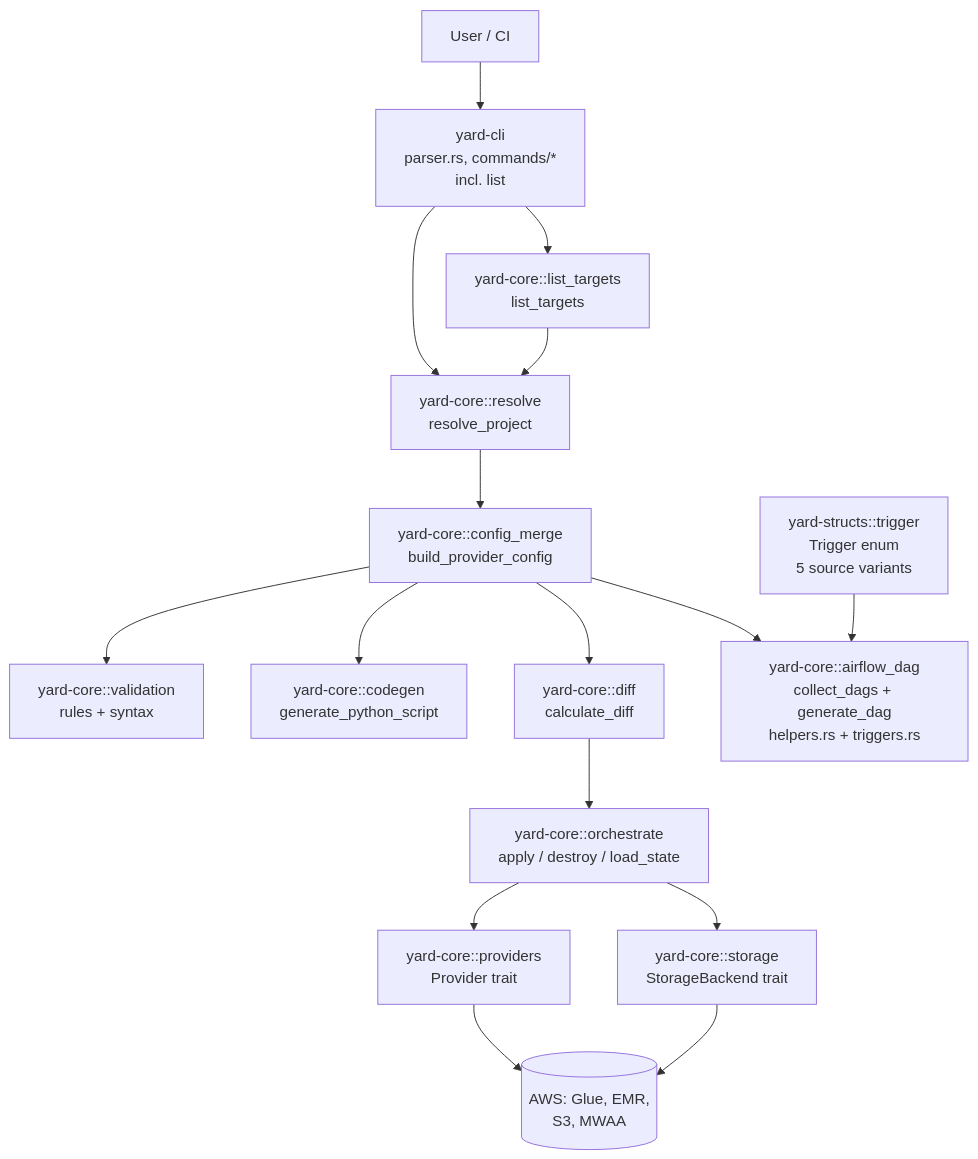
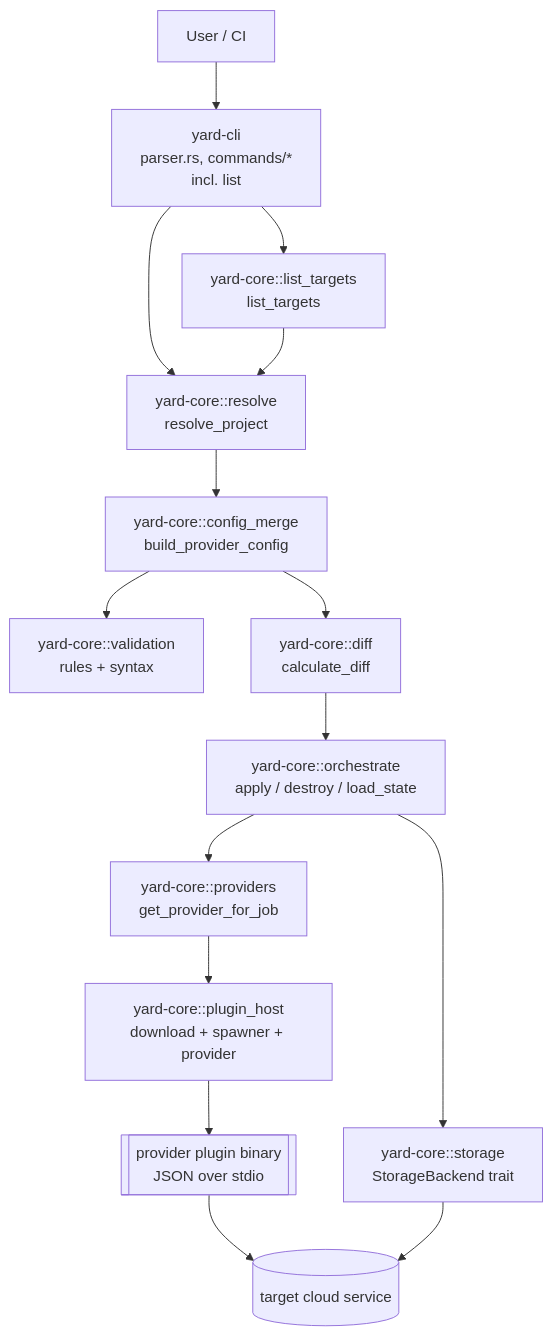
One commit to sean-mca/yard changed the second of 2 diagrams in docs/explanation/architecture.md. Above: the diagram before and after it, drawn with Mermaid. The commit also changed other lines of this file and 28 other files, not shown here.

First line of the commit message:
docs: correct and slim documentation for v2.0 plugin architecture

````diff
--- a/docs/explanation/architecture.md
+++ b/docs/explanation/architecture.md
@@ -47,33 +58,31 @@
 ```mermaid
 graph TD
     USER[User / CI]
     CLI[yard-cli<br/>parser.rs, commands/*<br/>incl. list]
     RESOLVE[yard-core::resolve<br/>resolve_project]
     CONFIG[yard-core::config_merge<br/>build_provider_config]
     LIST[yard-core::list_targets<br/>list_targets]
     VAL[yard-core::validation<br/>rules + syntax]
-    CODEGEN[yard-core::codegen<br/>generate_python_script]
     DIFF[yard-core::diff<br/>calculate_diff]
-    TRIG[yard-structs::trigger<br/>Trigger enum<br/>5 source variants]
-    DAG[yard-core::airflow_dag<br/>collect_dags + generate_dag<br/>helpers.rs + triggers.rs]
     ORCH[yard-core::orchestrate<br/>apply / destroy / load_state]
     STORAGE[yard-core::storage<br/>StorageBackend trait]
-    PROV[yard-core::providers<br/>Provider trait]
-    AWS[(AWS: Glue, EMR,<br/>S3, MWAA)]
+    PROV[yard-core::providers<br/>get_provider_for_job]
+    HOST[yard-core::plugin_host<br/>download + spawner + provider]
+    PLUGIN[[provider plugin binary<br/>JSON over stdio]]
+    AWS[(target cloud service)]
 
     USER --> CLI
     CLI --> RESOLVE
     CLI --> LIST
     LIST --> RESOLVE
     RESOLVE --> CONFIG
     CONFIG --> VAL
     CONFIG --> DIFF
-    CONFIG --> CODEGEN
-    CONFIG --> DAG
-    TRIG --> DAG
     DIFF --> ORCH
     ORCH --> STORAGE
     ORCH --> PROV
-    PROV --> AWS
+    PROV --> HOST
+    HOST --> PLUGIN
+    PLUGIN --> AWS
     STORAGE --> AWS
 ```
````
